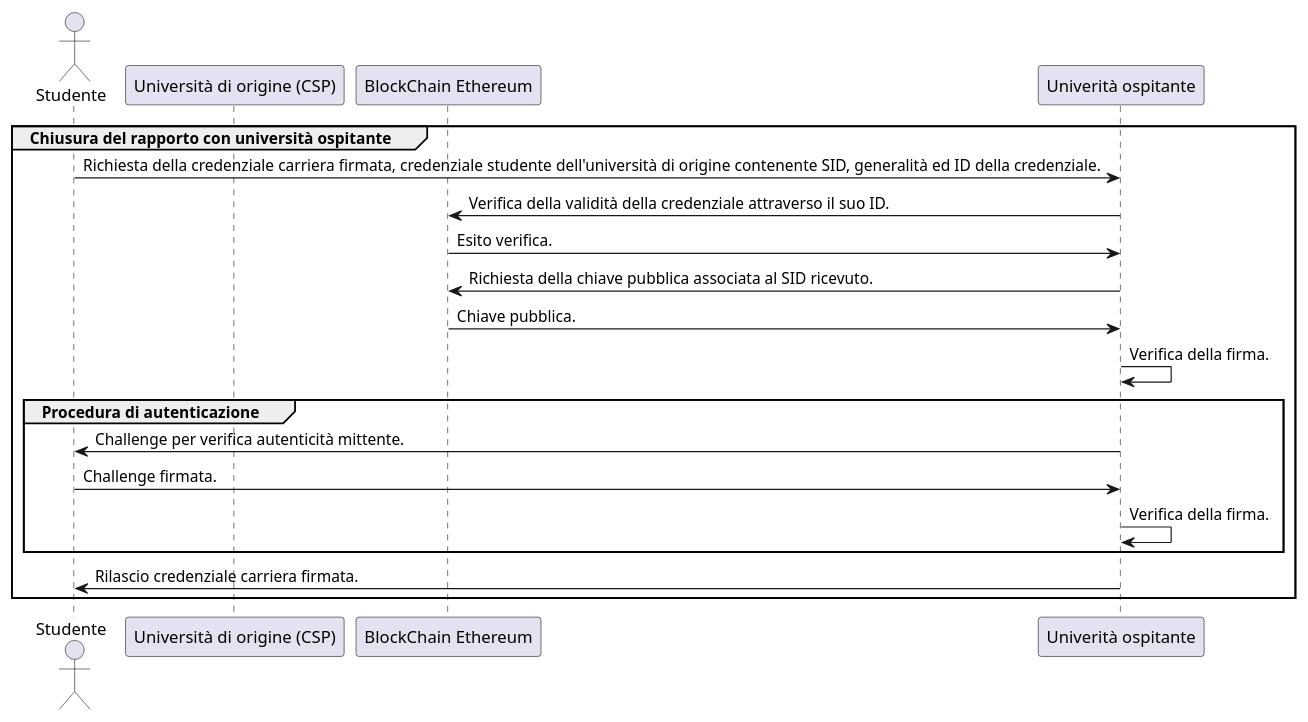
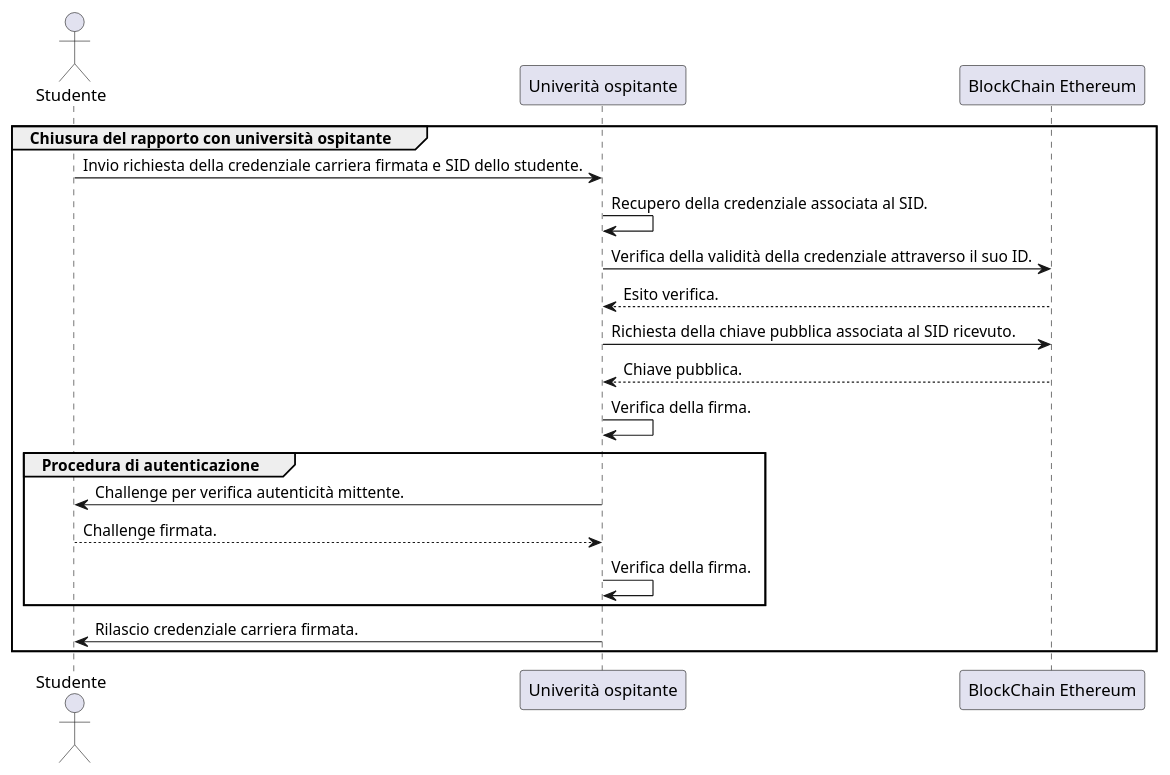
The diagram in UML/ChiusuraRapportoErasmus.puml (antocarbone/ProjectWorkAPS), drawn with PlantUML before and after one commit. The commit also changed 18 other files, not shown here.

```diff
--- a/UML/ChiusuraRapportoErasmus.puml
+++ b/UML/ChiusuraRapportoErasmus.puml
@@ -1,24 +1,24 @@
 @startuml Fine Erasmus
     actor Studente as s
-    participant "Università di origine (CSP)" as uorigin
+    participant "Univerità ospitante" as uosp
     participant "BlockChain Ethereum" as ether
-    participant "Univerità ospitante" as uosp
 
     group Chiusura del rapporto con università ospitante
-        s -> uosp : Richiesta della credenziale carriera firmata, credenziale studente dell'università di origine contenente SID, generalità ed ID della credenziale.
+        s -> uosp : Invio richiesta della credenziale carriera firmata e SID dello studente.
+        uosp -> uosp : Recupero della credenziale associata al SID.
         uosp -> ether : Verifica della validità della credenziale attraverso il suo ID.
-        ether -> uosp : Esito verifica.
+        ether --> uosp : Esito verifica.
 
         uosp -> ether : Richiesta della chiave pubblica associata al SID ricevuto.
-        ether -> uosp : Chiave pubblica.
+        ether --> uosp : Chiave pubblica.
         uosp -> uosp : Verifica della firma.
 
         group Procedura di autenticazione
             uosp -> s : Challenge per verifica autenticità mittente.
-            s -> uosp : Challenge firmata.
+            s --> uosp : Challenge firmata.
             uosp -> uosp : Verifica della firma.
         end
 
         uosp -> s : Rilascio credenziale carriera firmata.
     end
 @enduml
```
